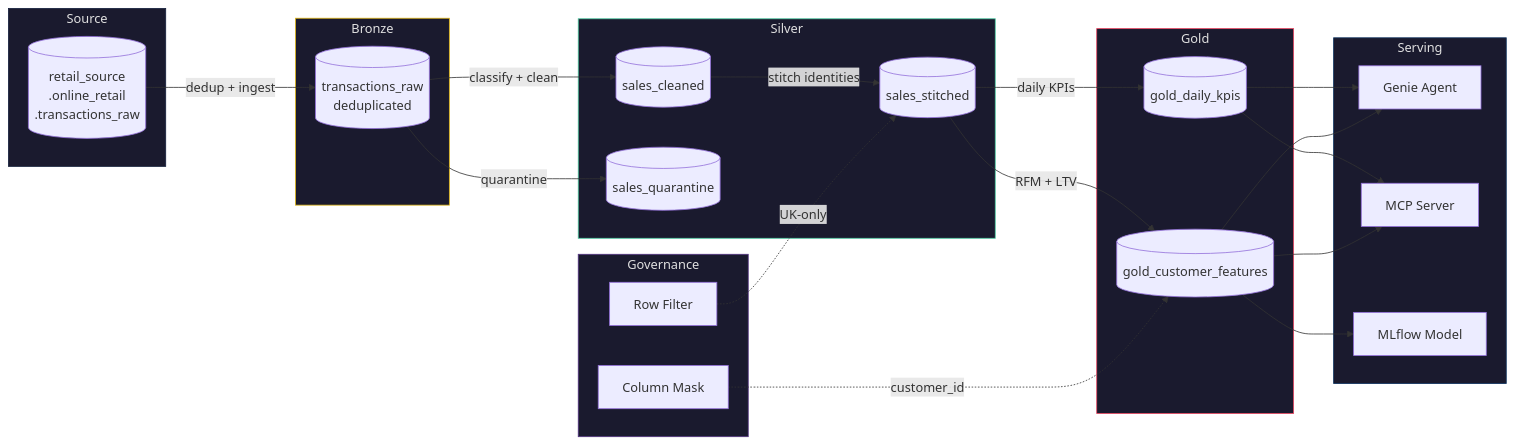
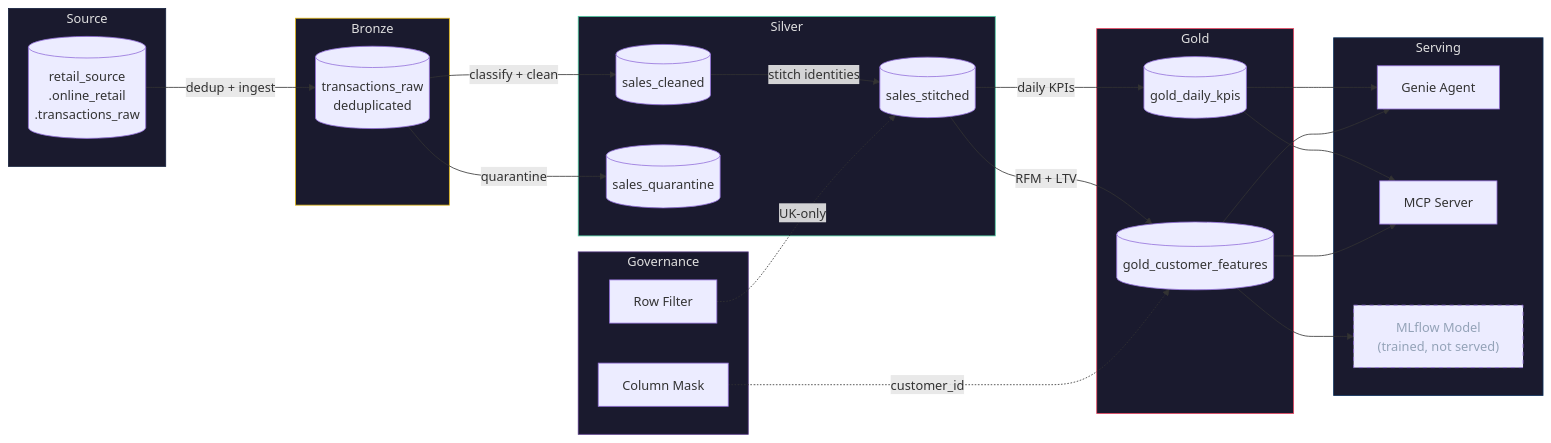
One commit to slysik/databricks-eda changed the diagram in README.md. Above: the diagram before and after it, drawn with Mermaid. The commit also changed other lines of this file and 4 other files, not shown here.

````diff
--- a/README.md
+++ b/README.md
@@ -20,53 +20,54 @@
 ```mermaid
 flowchart LR
     subgraph src["Source"]
         SRC[("retail_source<br/>.online_retail<br/>.transactions_raw")]
     end
 
     subgraph bronze["Bronze"]
         B[("transactions_raw<br/>deduplicated")]
     end
 
     subgraph silver["Silver"]
         S1[("sales_cleaned")]
         S2[("sales_quarantine")]
         S3[("sales_stitched")]
     end
 
     subgraph gold["Gold"]
         G1[("gold_daily_kpis")]
         G2[("gold_customer_features")]
     end
 
     subgraph serve["Serving"]
         GENIE["Genie Agent"]
         MCP["MCP Server"]
-        ML["MLflow Model"]
+        ML["MLflow Model<br/>(trained, not served)"]
     end
 
     subgraph gov["Governance"]
         MASK["Column Mask"]
         RLS["Row Filter"]
     end
 
     SRC -->|"dedup + ingest"| B
     B -->|"classify + clean"| S1
     B -->|"quarantine"| S2
     S1 -->|"stitch identities"| S3
     S3 -->|"daily KPIs"| G1
     S3 -->|"RFM + LTV"| G2
     G1 --> GENIE
     G2 --> GENIE
     G1 --> MCP
     G2 --> MCP
     G2 --> ML
     MASK -.->|"customer_id"| G2
     RLS -.->|"UK-only"| S3
 
     style src fill:#1a1a2e,stroke:#16213e,color:#e0e0e0
     style bronze fill:#1a1a2e,stroke:#e2b714,color:#e0e0e0
     style silver fill:#1a1a2e,stroke:#4ecca3,color:#e0e0e0
     style gold fill:#1a1a2e,stroke:#e94560,color:#e0e0e0
     style serve fill:#1a1a2e,stroke:#0f3460,color:#e0e0e0
     style gov fill:#1a1a2e,stroke:#533483,color:#e0e0e0
+    style ML stroke-dasharray:5 5,color:#94a3b8
 ```
````
